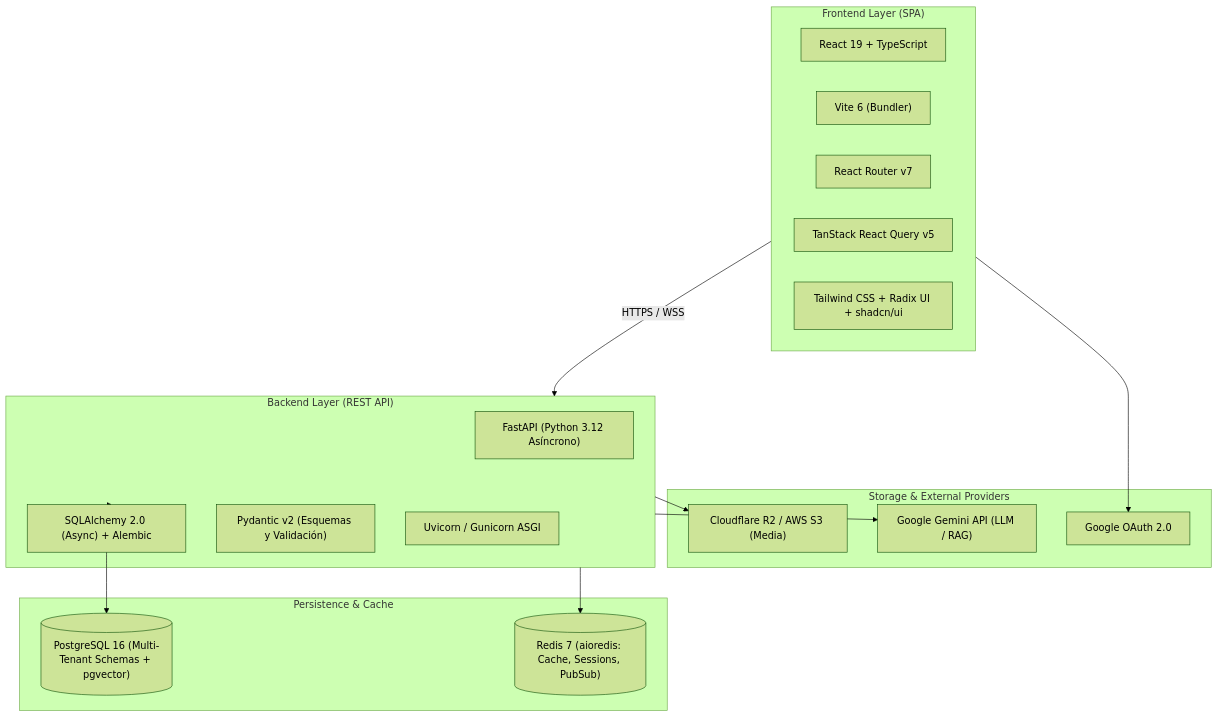
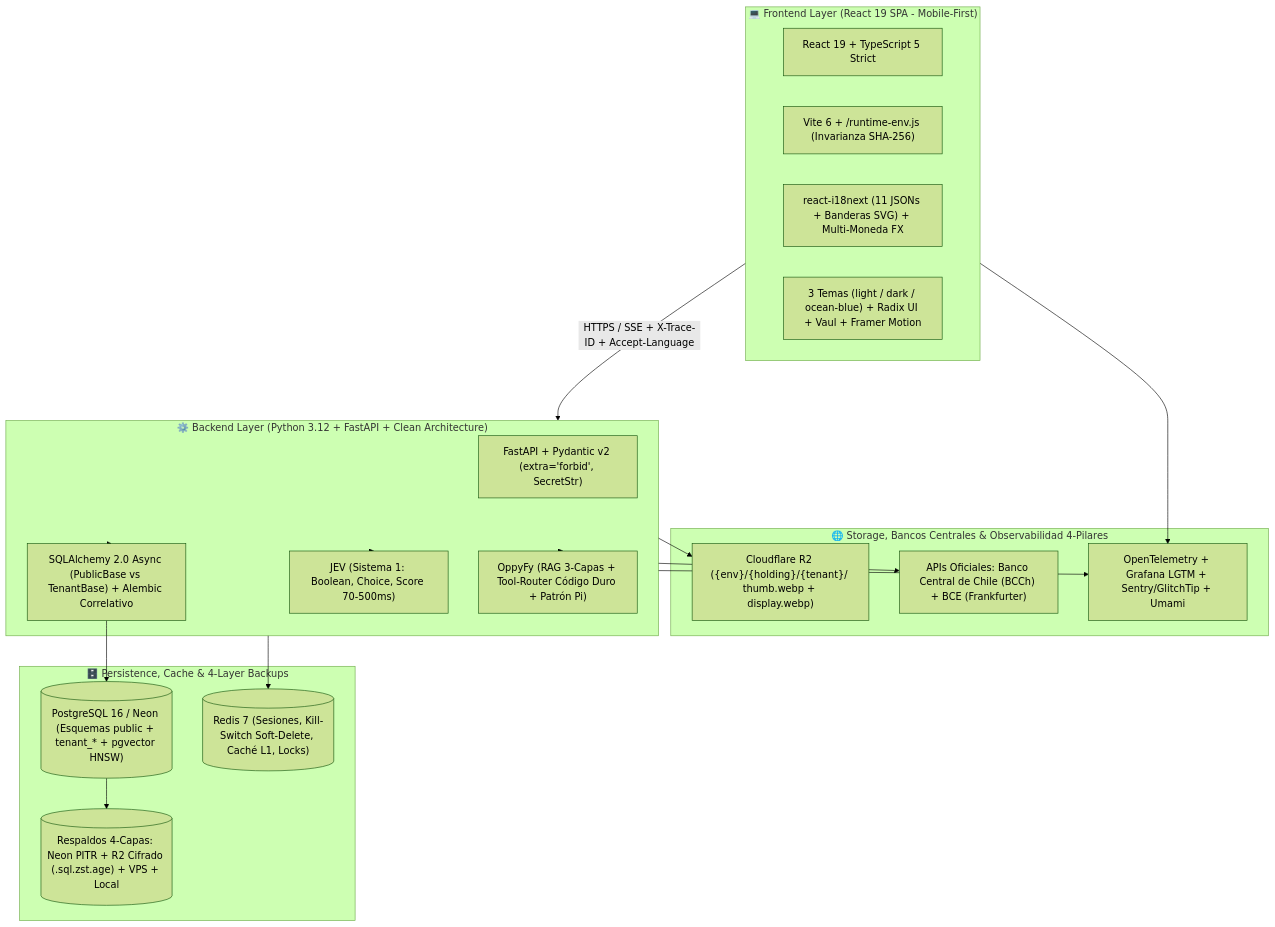
One commit to OppyTec/OppyTec-Oficial changed the diagram in specs/02-TRD.md. Above: the diagram before and after it, drawn with Mermaid (forest theme). The commit also changed other lines of this file and 6 other files, not shown here.

````diff
--- a/specs/02-TRD.md
+++ b/specs/02-TRD.md
@@ -14,36 +14,36 @@
 ```mermaid
 graph TB
-    subgraph Frontend["Frontend Layer (SPA)"]
-        React["React 19 + TypeScript"]
-        Vite["Vite 6 (Bundler)"]
-        Router["React Router v7"]
-        TanStack["TanStack React Query v5"]
-        UI["Tailwind CSS + Radix UI + shadcn/ui"]
+    subgraph Frontend["💻 Frontend Layer (React 19 SPA - Mobile-First)"]
+        React["React 19 + TypeScript 5 Strict"]
+        Vite["Vite 6 + /runtime-env.js (Invarianza SHA-256)"]
+        I18nFX["react-i18next (11 JSONs + Banderas SVG) + Multi-Moneda FX"]
+        UI["3 Temas (light / dark / ocean-blue) + Radix UI + Vaul + Framer Motion"]
     end
 
-    subgraph Backend["Backend Layer (REST API)"]
-        FastAPI["FastAPI (Python 3.12 Asíncrono)"]
-        SQLA["SQLAlchemy 2.0 (Async) + Alembic"]
-        Pydantic["Pydantic v2 (Esquemas y Validación)"]
-        Uvicorn["Uvicorn / Gunicorn ASGI"]
+    subgraph Backend["⚙️ Backend Layer (Python 3.12 + FastAPI + Clean Architecture)"]
+        FastAPI["FastAPI + Pydantic v2 (extra='forbid', SecretStr)"]
+        SQLA["SQLAlchemy 2.0 Async (PublicBase vs TenantBase) + Alembic Correlativo"]
+        JevEngine["JEV (Sistema 1: Boolean, Choice, Score 70-500ms)"]
+        OppyFy["OppyFy (RAG 3-Capas + Tool-Router Código Duro + Patrón Pi)"]
     end
 
-    subgraph Data["Persistence & Cache"]
-        Postgres[("PostgreSQL 16 (Multi-Tenant Schemas + pgvector)")]
-        Redis[("Redis 7 (aioredis: Cache, Sessions, PubSub)")]
+    subgraph Data["🗄️ Persistence, Cache & 4-Layer Backups"]
+        Postgres[("PostgreSQL 16 / Neon (Esquemas public + tenant_* + pgvector HNSW)")]
+        Redis[("Redis 7 (Sesiones, Kill-Switch Soft-Delete, Caché L1, Locks)")]
+        BackupVault[("Respaldos 4-Capas: Neon PITR + R2 Cifrado (.sql.zst.age) + VPS + Local")]
     end
 
-    subgraph StorageAI["Storage & External Providers"]
-        R2["Cloudflare R2 / AWS S3 (Media)"]
-        Gemini["Google Gemini API (LLM / RAG)"]
-        OAuth["Google OAuth 2.0"]
+    subgraph ExternalAndObs["🌐 Storage, Bancos Centrales & Observabilidad 4-Pilares"]
+        R2["Cloudflare R2 ({env}/{holding}/{tenant}/ thumb.webp + display.webp)"]
+        FXBanks["APIs Oficiales: Banco Central de Chile (BCCh) + BCE (Frankfurter)"]
+        Obs["OpenTelemetry + Grafana LGTM + Sentry/GlitchTip + Umami"]
     end
 
-    Frontend -->|HTTPS / WSS| Backend
-    Backend --> SQLA
-    SQLA --> Postgres
+    Frontend -->|HTTPS / SSE + X-Trace-ID + Accept-Language| Backend
+    Backend --> SQLA --> Postgres
     Backend --> Redis
-    Backend --> R2
-    Backend --> Gemini
-    Frontend --> OAuth
+    Backend --> JevEngine & OppyFy
+    Postgres --> BackupVault
+    Backend --> R2 & FXBanks & Obs
+    Frontend --> Obs
 ```
````
